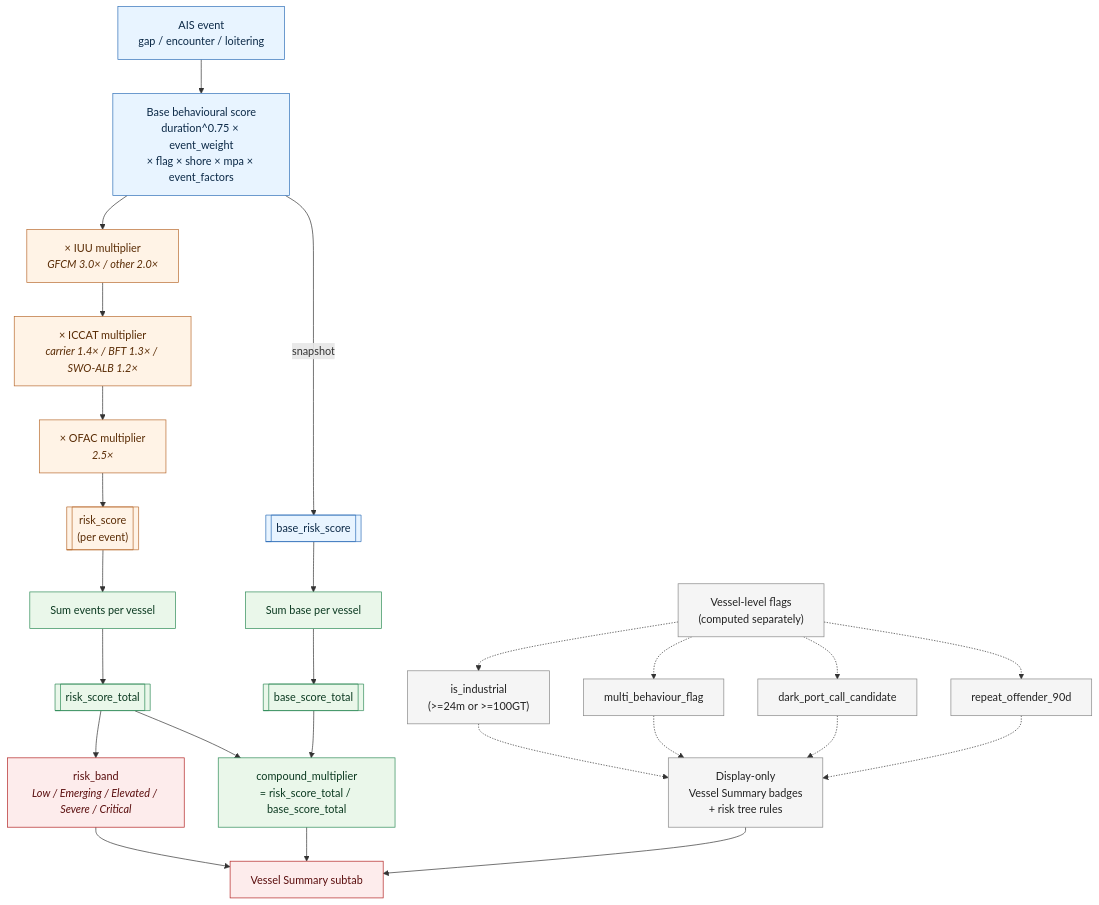
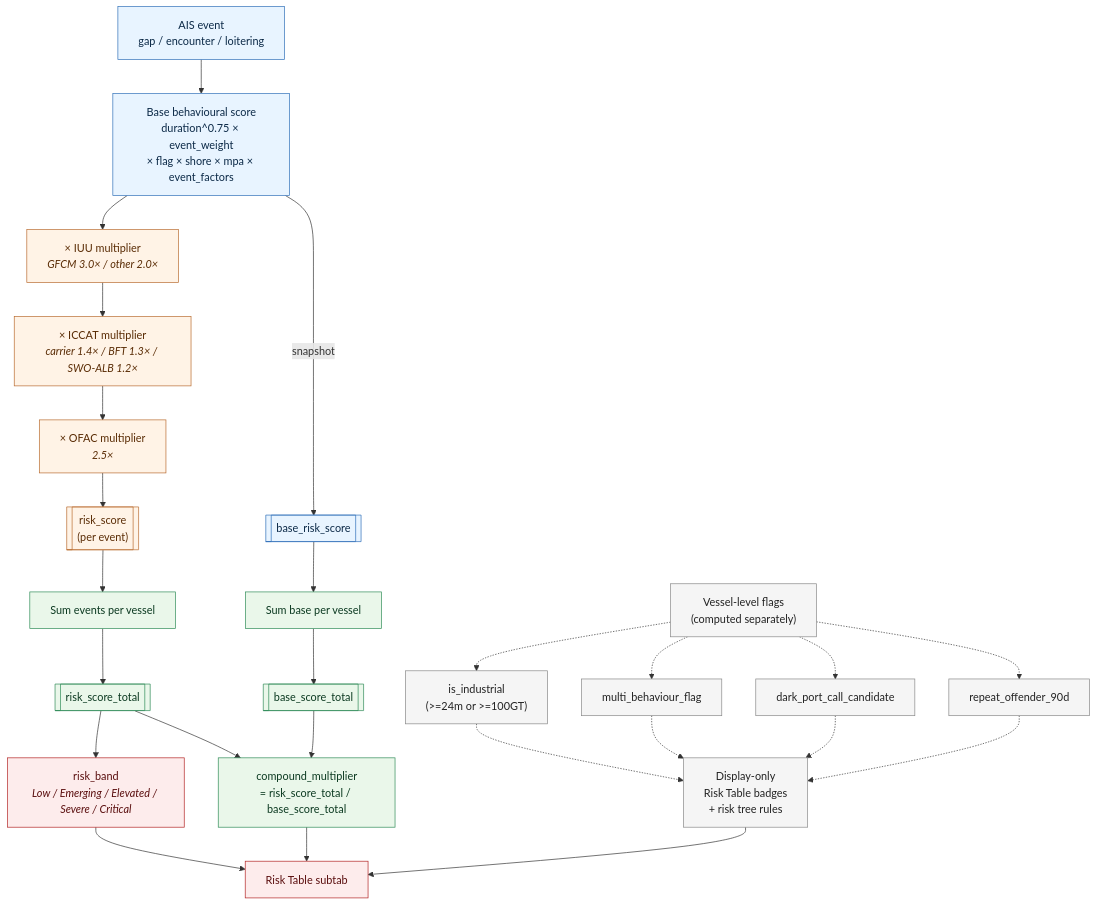
One commit to emantzoo/med-vessel-behaviour-monitor changed the first of 2 diagrams in handout.md. Above: the diagram before and after it, drawn with Mermaid. The commit also changed other lines of this file and 8 other files, not shown here.

````diff
--- a/handout.md
+++ b/handout.md
@@ -24,41 +24,41 @@
 ```mermaid
 flowchart TD
     A["AIS event<br/>gap / encounter / loitering"] --> B["Base behavioural score<br/>duration^0.75 × event_weight<br/>× flag × shore × mpa × event_factors"]
     B -->|snapshot| C[["base_risk_score"]]
     B --> D["× IUU multiplier<br/><i>GFCM 3.0× / other 2.0×</i>"]
     D --> E["× ICCAT multiplier<br/><i>carrier 1.4× / BFT 1.3× / SWO-ALB 1.2×</i>"]
     E --> F["× OFAC multiplier<br/><i>2.5×</i>"]
     F --> G[["risk_score<br/>(per event)"]]
 
     G --> H[Sum events per vessel]
     C --> I[Sum base per vessel]
     H --> J[[risk_score_total]]
     I --> K[[base_score_total]]
     J --> L["compound_multiplier<br/>= risk_score_total / base_score_total"]
     K --> L
     J --> M["risk_band<br/><i>Low / Emerging / Elevated / Severe / Critical</i>"]
 
     N["Vessel-level flags<br/>(computed separately)"] -.-> N1["is_industrial<br/>(>=24m or >=100GT)"]
     N -.-> O[multi_behaviour_flag]
     N -.-> P[dark_port_call_candidate]
     N -.-> Q[repeat_offender_90d]
-    N1 -.-> R["Display-only<br/>Vessel Summary badges<br/>+ risk tree rules"]
+    N1 -.-> R["Display-only<br/>Risk Table badges<br/>+ risk tree rules"]
     O -.-> R
     P -.-> R
     Q -.-> R
 
-    M --> S[Vessel Summary subtab]
+    M --> S[Risk Table subtab]
     L --> S
     R --> S
 
     classDef behav fill:#e8f4ff,stroke:#2e6fb8,color:#0b2947
     classDef compliance fill:#fff3e6,stroke:#b86a2e,color:#5a2c05
     classDef agg fill:#eaf7ea,stroke:#2e8b57,color:#0b3920
     classDef band fill:#fdecec,stroke:#b22222,color:#5a0e0e
     classDef flag fill:#f5f5f5,stroke:#888,color:#222
     class A,B,C behav
     class D,E,F,G compliance
     class H,I,J,K,L agg
     class M,S band
     class N,N1,O,P,Q,R flag
 ```
````
